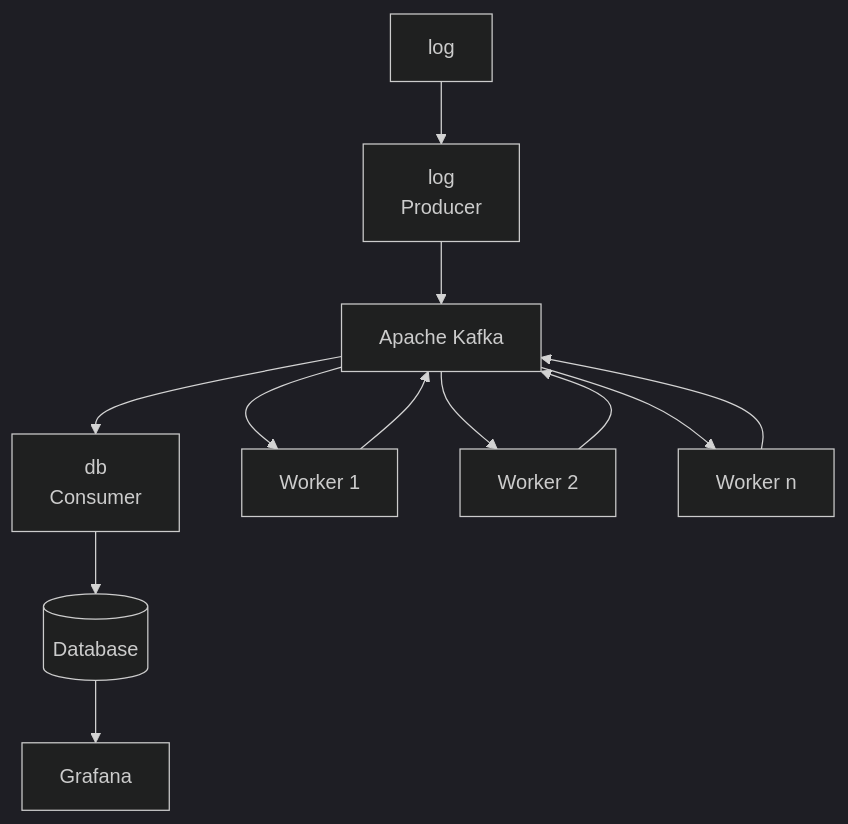
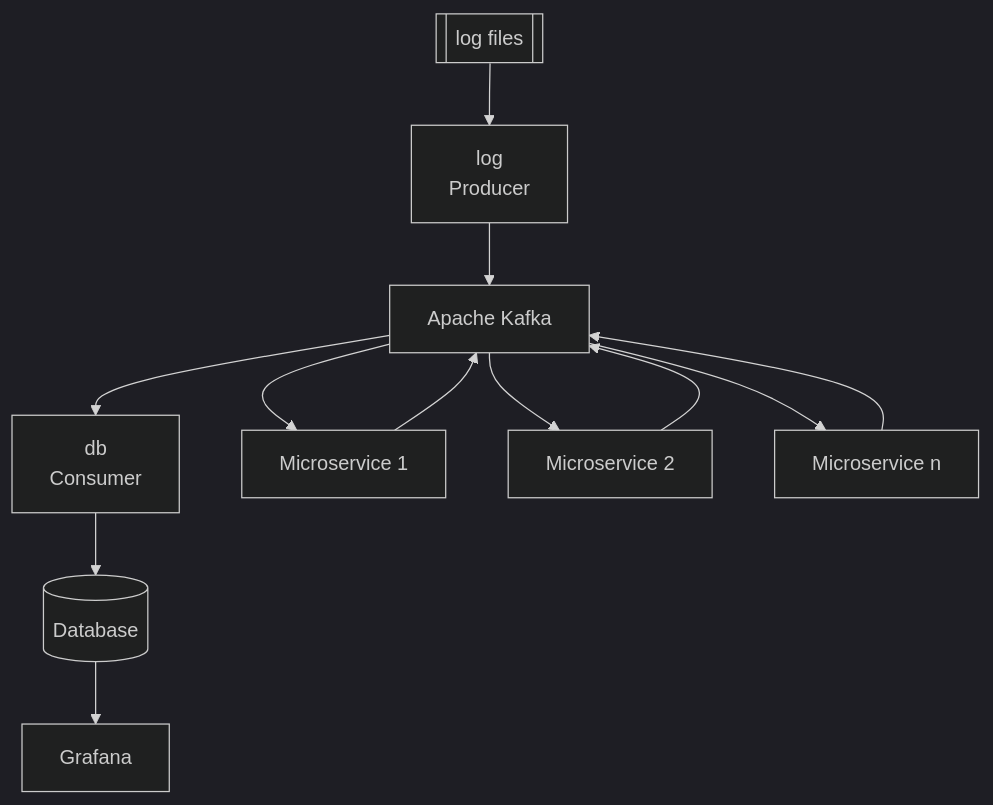
One commit to tomwey2/linux-syslog-analysis-with-kafka changed the diagram in README.md. Above: the diagram before and after it, drawn with Mermaid (dark theme). The commit also changed other lines of this file, not shown here.

````diff
--- a/README.md
+++ b/README.md
@@ -18,17 +24,18 @@
 ```mermaid
 flowchart TD
     idKafka[Apache Kafka]
     idDb[(Database)]
-    idLog[log]
+    idLog[[log files]]
     idProducer[log \n Producer]
     idConsumer[db \n Consumer]
     idGrafana[Grafana]
-    idWorker1[Worker 1]
-    idWorker2[Worker 2]
-    idWorkerN[Worker n]
-    idLog --> idProducer --> idKafka
+    idWorker1[Microservice 1]
+    idWorker2[Microservice 2]
+    idWorkerN[Microservice n]
+    idLog --> idProducer
+    idProducer --> idKafka
     idKafka --> idWorker1 --> idKafka
     idKafka --> idWorker2 --> idKafka
     idKafka --> idWorkerN --> idKafka
     idKafka --> idConsumer --> idDb --> idGrafana
 ```
````
